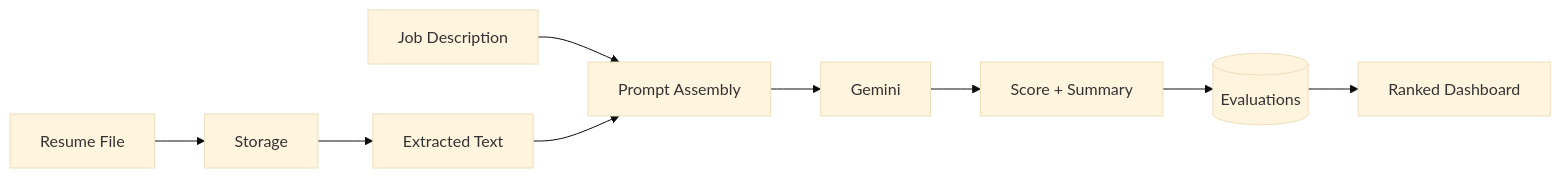
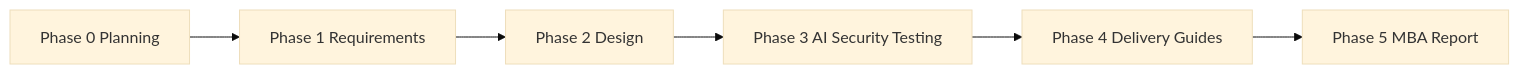
Before and after one commit to VishnuVardhan-CH-2022/resume-rank-ai-dev: diagram 12 of 12 in docs/01-requirements/01-Project-Architecture.md, drawn with Mermaid (base theme). The commit also changed other lines of this file and 1 other file, not shown here.

First line of the commit message:
Rewrite Project Architecture Document 01 (RR-ARCH-001 v2)

````diff
--- a/docs/01-requirements/01-Project-Architecture.md
+++ b/docs/01-requirements/01-Project-Architecture.md
@@ -479,11 +908,8 @@
 ```mermaid
 flowchart LR
-  File[Resume File] --> ST[Storage]
-  ST --> TXT[Extracted Text]
-  JD[Job Description] --> PROMPT[Prompt Assembly]
-  TXT --> PROMPT
-  PROMPT --> GEM[Gemini]
-  GEM --> SCORE[Score + Summary]
-  SCORE --> DB[(Evaluations)]
-  DB --> UI[Ranked Dashboard]
+  P0[Phase 0 Planning] --> P1[Phase 1 Requirements]
+  P1 --> P2[Phase 2 Design]
+  P2 --> P3[Phase 3 AI Security Testing]
+  P3 --> P4[Phase 4 Delivery Guides]
+  P4 --> P5[Phase 5 MBA Report]
 ```
````
